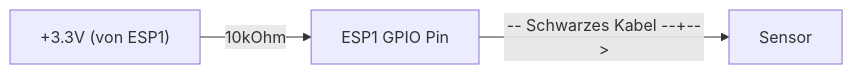
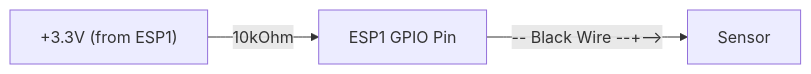
Before and after one commit to NoLackOfIdeas/CNCpanel-LinuxCNC-Ethercat-ESP32-ESPnow: the first of 4 diagrams in CNCpanel_additional_hardware.md, drawn with Mermaid. The commit also changed other lines of this file and 10 other files, not shown here.

````diff
--- a/CNCpanel_additional_hardware.md
+++ b/CNCpanel_additional_hardware.md
@@ -22,5 +22,5 @@
 ```mermaid
 graph LR
-A["+3.3V (von ESP1)"] -->|" 10kOhm "| B[ESP1 GPIO Pin]
-B --> |" -- Schwarzes Kabel --+--> "| C[Sensor]
+A["+3.3V (from ESP1)"] -->|" 10kOhm "| B[ESP1 GPIO Pin]
+B --> |" -- Black Wire --+--> "| C[Sensor]
 ```
````
